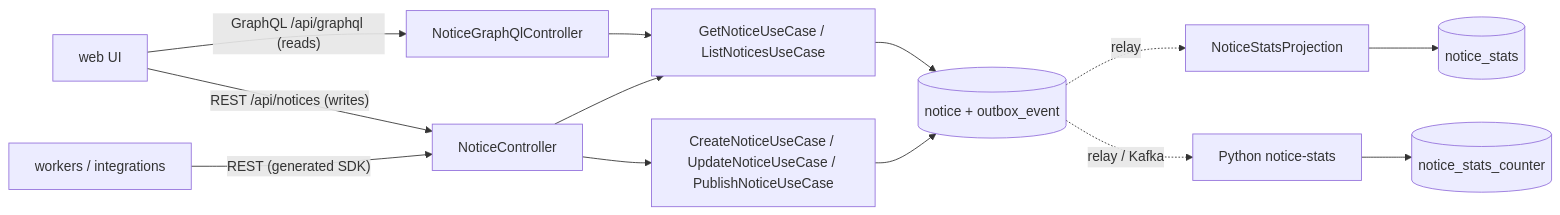
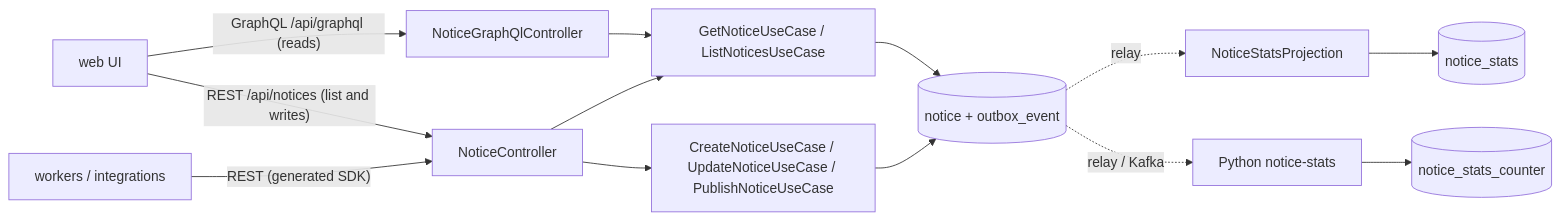
The third of 3 diagrams in docs/architecture/backend.md (tama-nguyen/trellis-backend), drawn with Mermaid before and after one commit. The commit also changed other lines of this file and 17 other files, not shown here.

````diff
--- a/docs/architecture/backend.md
+++ b/docs/architecture/backend.md
@@ -130,13 +135,13 @@
 ```mermaid
 flowchart LR
   ui[web UI] -- "GraphQL /api/graphql (reads)" --> gql[NoticeGraphQlController]
-  ui -- "REST /api/notices (writes)" --> rest[NoticeController]
+  ui -- "REST /api/notices (list and writes)" --> rest[NoticeController]
   worker[workers / integrations] -- "REST (generated SDK)" --> rest
   gql --> q[GetNoticeUseCase / ListNoticesUseCase]
   rest --> q
   rest --> c[CreateNoticeUseCase / UpdateNoticeUseCase / PublishNoticeUseCase]
   c --> db[(notice + outbox_event)]
   q --> db
   db -. relay .-> proj[NoticeStatsProjection] --> stats[(notice_stats)]
   db -. relay / Kafka .-> py[Python notice-stats] --> counter[(notice_stats_counter)]
 ```
````
